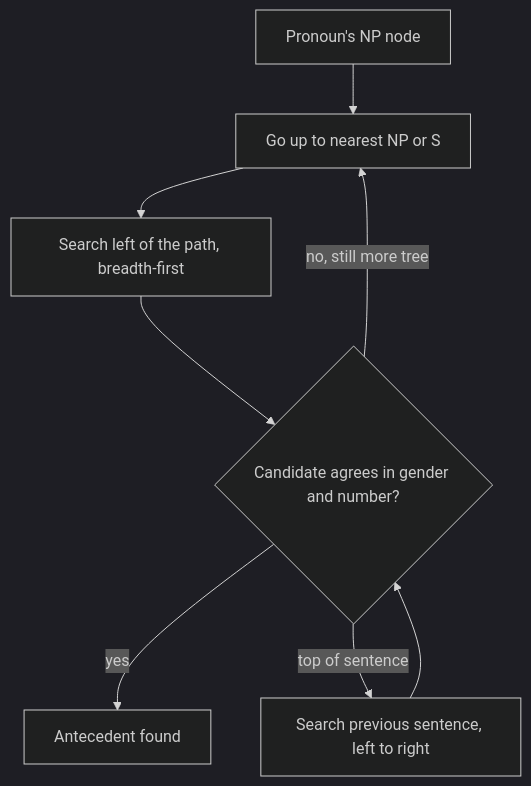
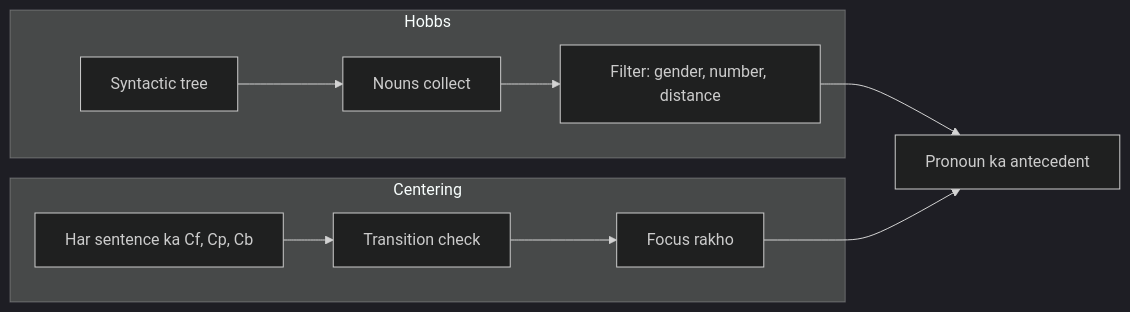
The diagram in content/natural-language-processing/pyq/2024-12-ce/q3b.hi.mdx (TrendySloth1001/sem-seven-notes), drawn with Mermaid (dark theme) before and after one commit. The commit also changed other lines of this file and 406 other files, not shown here.

````diff
--- a/content/natural-language-processing/pyq/2024-12-ce/q3b.hi.mdx
+++ b/content/natural-language-processing/pyq/2024-12-ce/q3b.hi.mdx
@@ -14,11 +11,12 @@
 ```mermaid
-%% caption: Hobbs ka search order. Pehle pronoun ke apne sentence mein upar ki taraf search hota hai, phir pichle sentences paas wale se peeche ki taraf.
-flowchart TD
-  A["Pronoun's NP node"] --> B["Go up to nearest NP or S"]
-  B --> C["Search left of the path, breadth-first"]
-  C --> D{"Candidate agrees in gender and number?"}
-  D -->|"yes"| E["Antecedent found"]
-  D -->|"no, still more tree"| B
-  D -->|"top of sentence"| F["Search previous sentence, left to right"]
-  F --> D
+%% caption: Hobbs aur Centering saath-saath: input alag, output wahi.
+flowchart LR
+  subgraph H["Hobbs"]
+    H1["Syntactic tree"] --> H2["Nouns collect"] --> H3["Filter: gender, number, distance"]
+  end
+  subgraph G["Centering"]
+    G1["Har sentence ka Cf, Cp, Cb"] --> G2["Transition check"] --> G3["Focus rakho"]
+  end
+  H3 --> R["Pronoun ka antecedent"]
+  G3 --> R
 ```
````
